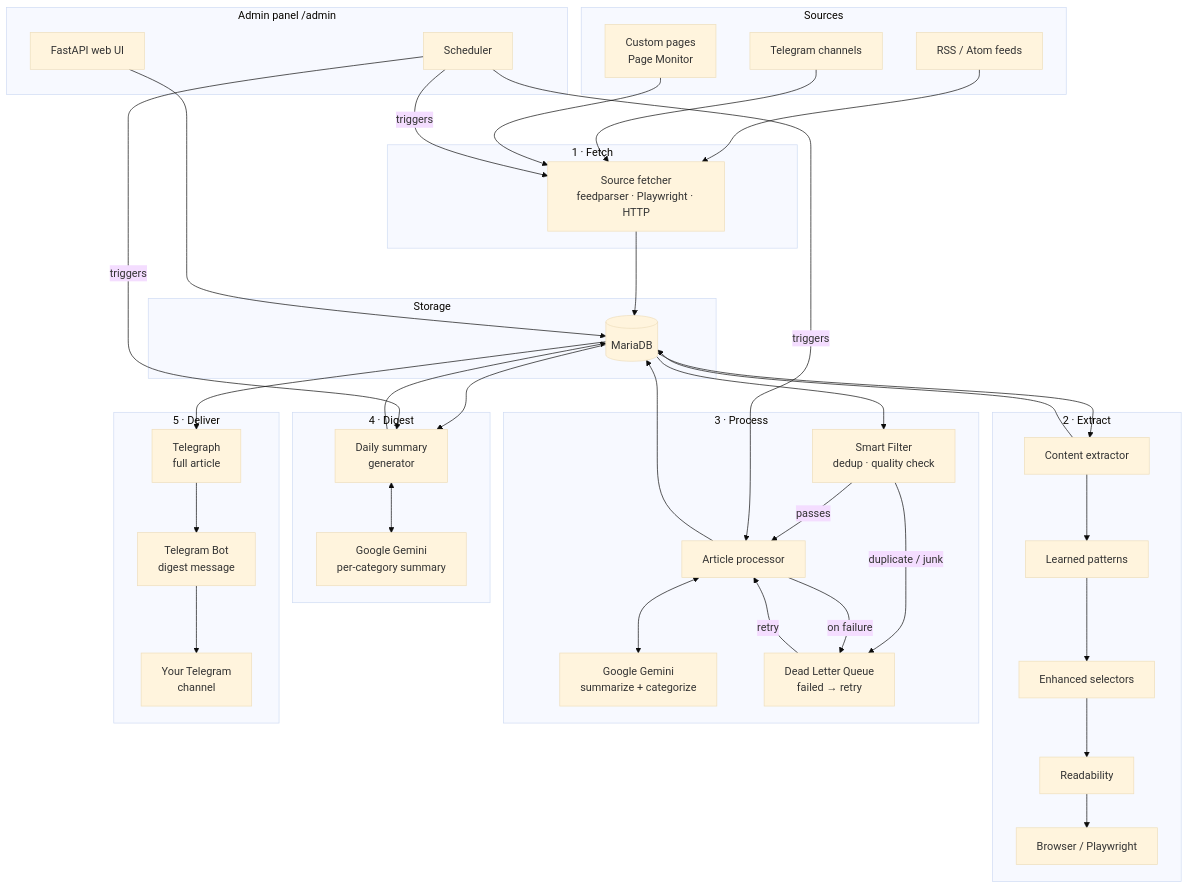
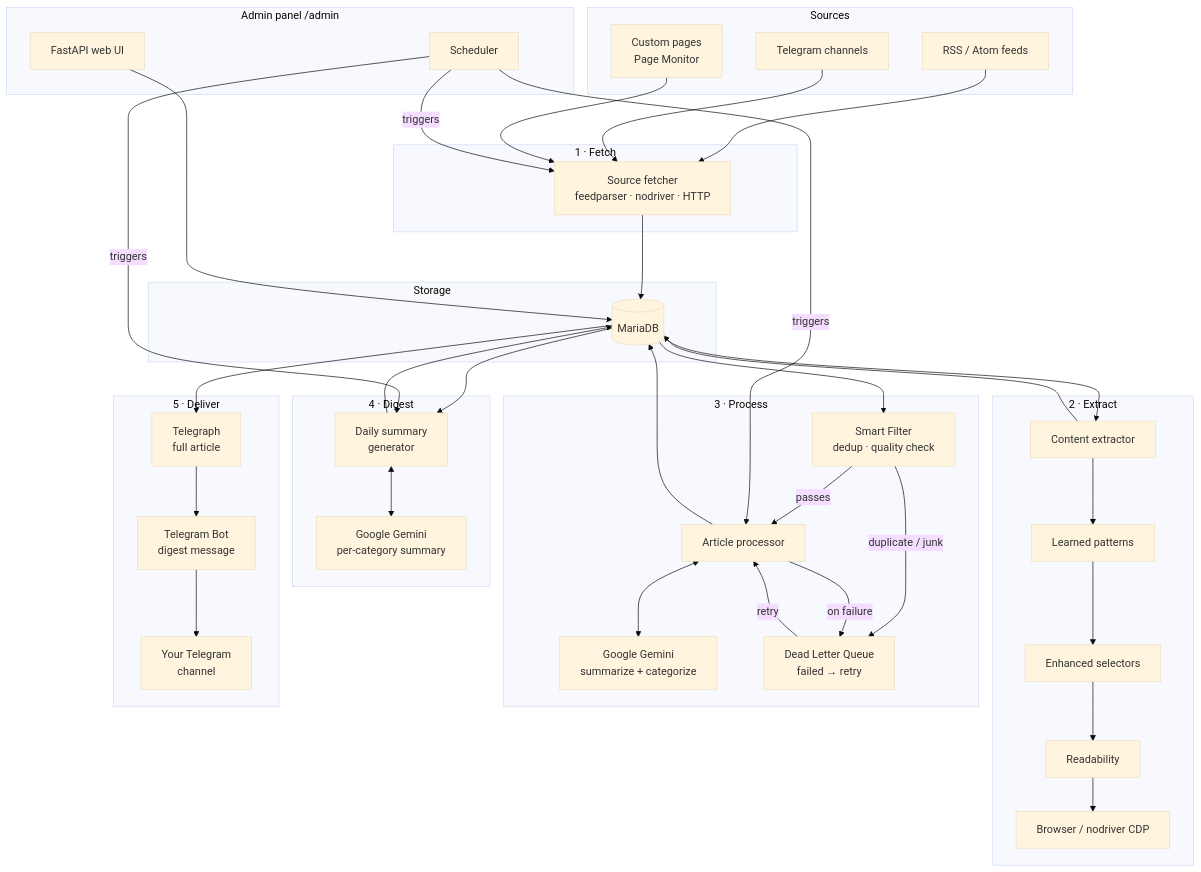
Before and after one commit to dzarlax/RSS-summuriser: the diagram in README.md, drawn with Mermaid (base theme). The commit also changed other lines of this file and 20 other files, not shown here.

First line of the commit message:
Replace Playwright with nodriver + Alpine Chrome for browser automation

````diff
--- a/README.md
+++ b/README.md
@@ -25,73 +25,73 @@
 ```mermaid
 flowchart TD
     subgraph sources["Sources"]
         RSS[RSS / Atom feeds]
         TGS[Telegram channels]
         WEB[Custom pages<br/>Page Monitor]
     end
 
     subgraph fetch["1 · Fetch"]
-        Fetcher[Source fetcher<br/>feedparser · Playwright · HTTP]
+        Fetcher[Source fetcher<br/>feedparser · nodriver · HTTP]
     end
 
     subgraph extract["2 · Extract"]
         Ext[Content extractor]
         Ext1[Learned patterns]
         Ext2[Enhanced selectors]
         Ext3[Readability]
-        Ext4[Browser / Playwright]
+        Ext4[Browser / nodriver CDP]
         Ext1 --> Ext2 --> Ext3 --> Ext4
     end
 
     subgraph db["Storage"]
         DB[(MariaDB)]
     end
 
     subgraph process["3 · Process"]
         Filter[Smart Filter<br/>dedup · quality check]
         Proc[Article processor]
         AI1[Google Gemini<br/>summarize + categorize]
         DLQ[Dead Letter Queue<br/>failed → retry]
     end
 
     subgraph digest["4 · Digest"]
         DGen[Daily summary<br/>generator]
         AI2[Google Gemini<br/>per-category summary]
     end
 
     subgraph delivery["5 · Deliver"]
         Telegraph[Telegraph<br/>full article]
         TGBot[Telegram Bot<br/>digest message]
         Channel[Your Telegram<br/>channel]
     end
 
     subgraph admin["Admin panel  /admin"]
         UI[FastAPI web UI]
         Scheduler[Scheduler]
     end
 
     RSS --> Fetcher
     TGS --> Fetcher
     WEB --> Fetcher
     Fetcher --> DB
     DB --> Ext
     Ext --> Ext1
     Ext --> DB
     DB --> Filter
     Filter -->|passes| Proc
     Filter -->|duplicate / junk| DLQ
     Proc <--> AI1
     Proc --> DB
     Proc -->|on failure| DLQ
     DLQ -->|retry| Proc
     DB --> DGen
     DGen <--> AI2
     DGen --> DB
     DB --> Telegraph
     Telegraph --> TGBot
     TGBot --> Channel
     UI --> DB
     Scheduler -->|triggers| Fetcher
     Scheduler -->|triggers| Proc
     Scheduler -->|triggers| DGen
 ```
````
